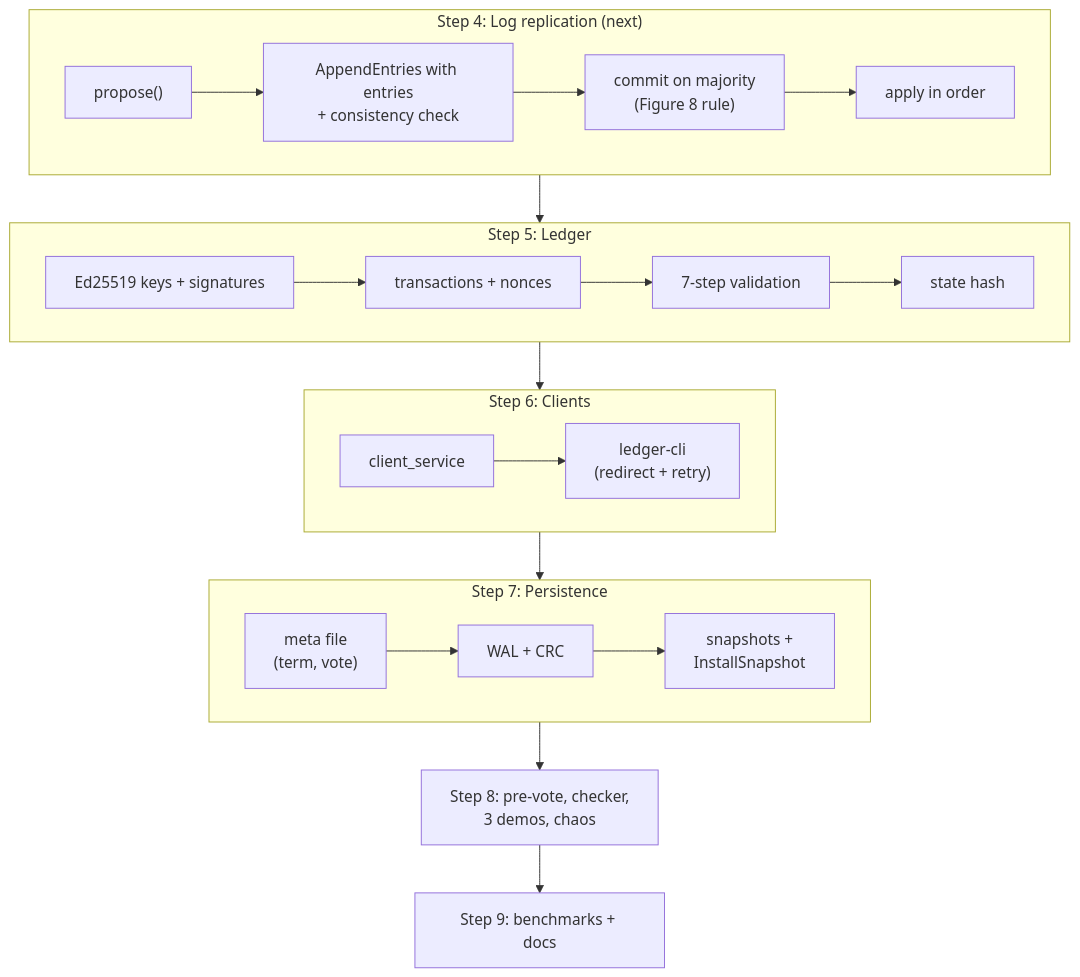
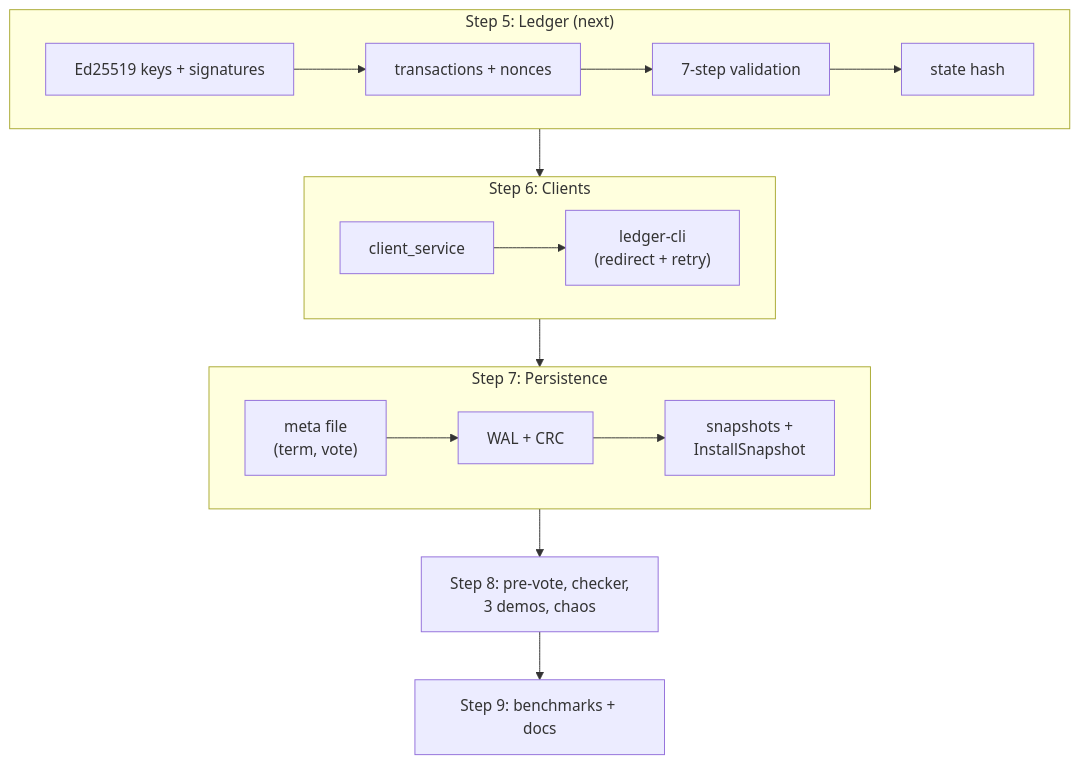
Before and after one commit to D1vyanshu1/QuorumPay: diagram 11 of 11 in progress.md, drawn with Mermaid. The commit also changed other lines of this file and 21 other files, not shown here.

Commit message:
log replication , commite , readline index

````diff
--- a/progress.md
+++ b/progress.md
@@ -280,20 +397,16 @@
 ```mermaid
 flowchart TB
-    subgraph S4["Step 4: Log replication (next)"]
-        direction LR
-        r1["propose()"] --> r2["AppendEntries with entries<br/>+ consistency check"] --> r3["commit on majority<br/>(Figure 8 rule)"] --> r4["apply in order"]
-    end
-    subgraph S5["Step 5: Ledger"]
+    subgraph S5["Step 5: Ledger (next)"]
         direction LR
         l1["Ed25519 keys + signatures"] --> l2["transactions + nonces"] --> l3["7-step validation"] --> l4["state hash"]
     end
     subgraph S6["Step 6: Clients"]
         direction LR
         c1["client_service"] --> c2["ledger-cli<br/>(redirect + retry)"]
     end
     subgraph S7["Step 7: Persistence"]
         direction LR
         p1["meta file<br/>(term, vote)"] --> p2["WAL + CRC"] --> p3["snapshots +<br/>InstallSnapshot"]
     end
-    S4 --> S5 --> S6 --> S7 --> S8["Step 8: pre-vote, checker,<br/>3 demos, chaos"] --> S9["Step 9: benchmarks + docs"]
+    S5 --> S6 --> S7 --> S8["Step 8: pre-vote, checker,<br/>3 demos, chaos"] --> S9["Step 9: benchmarks + docs"]
 ```
````
